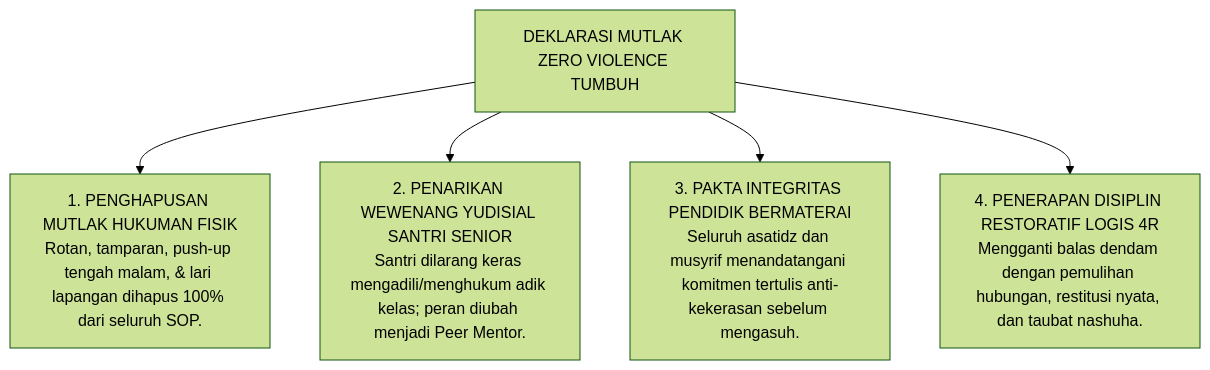
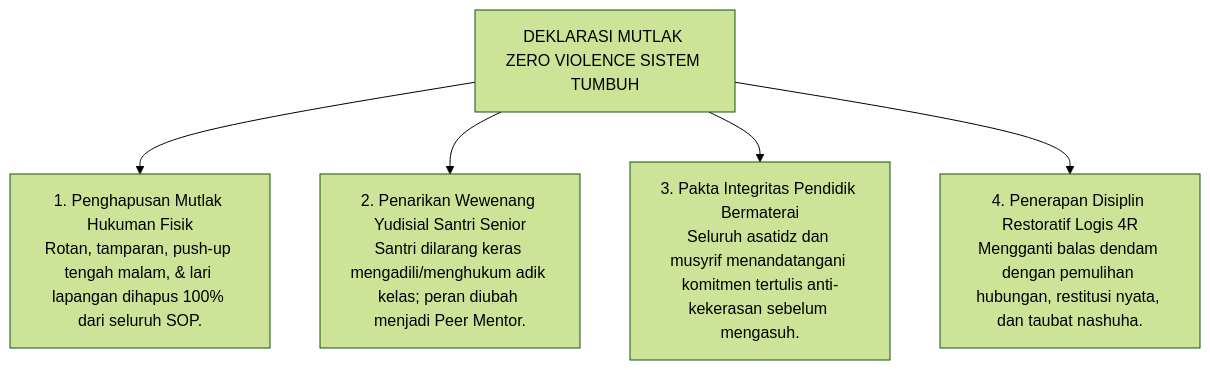
The fifth of 5 diagrams in BOOK-SERIES/Volume-01/Bab-01-Krisis-Karakter-dan-Urgensi-Rekonstruksi/02-Fenomenologi-Kekerasan-dan-Senioritas-Feodal.md (wandiapriliyandi/tumbuh), drawn with Mermaid (forest theme) before and after one commit. The commit also changed other lines of this file and 3 other files, not shown here.

Commit message:
docs(bab-01): bangun ulang seluruh Bab 01 murni berorientasi penjelasan sistemik arsitektur TUMBUH tanpa template muhasabah buatan

````diff
--- a/BOOK-SERIES/Volume-01/Bab-01-Krisis-Karakter-dan-Urgensi-Rekonstruksi/02-Fenomenologi-Kekerasan-dan-Senioritas-Feodal.md
+++ b/BOOK-SERIES/Volume-01/Bab-01-Krisis-Karakter-dan-Urgensi-Rekonstruksi/02-Fenomenologi-Kekerasan-dan-Senioritas-Feodal.md
@@ -153,12 +153,12 @@
 ```mermaid
 graph TD
-    KomitmenZero["DEKLARASI MUTLAK ZERO VIOLENCE TUMBUH"]
+    KomitmenZero["DEKLARASI MUTLAK ZERO VIOLENCE SISTEM TUMBUH"]
     
-    KomitmenZero --> K1["1. PENGHAPUSAN MUTLAK HUKUMAN FISIK<br/>Rotan, tamparan, push-up tengah malam, & lari lapangan dihapus 100% dari seluruh SOP."]
+    KomitmenZero --> K1["1. Penghapusan Mutlak Hukuman Fisik<br/>Rotan, tamparan, push-up tengah malam, & lari lapangan dihapus 100% dari seluruh SOP."]
     
-    KomitmenZero --> K2["2. PENARIKAN WEWENANG YUDISIAL SANTRI SENIOR<br/>Santri dilarang keras mengadili/menghukum adik kelas; peran diubah menjadi Peer Mentor."]
+    KomitmenZero --> K2["2. Penarikan Wewenang Yudisial Santri Senior<br/>Santri dilarang keras mengadili/menghukum adik kelas; peran diubah menjadi Peer Mentor."]
     
-    KomitmenZero --> K3["3. PAKTA INTEGRITAS PENDIDIK BERMATERAI<br/>Seluruh asatidz dan musyrif menandatangani komitmen tertulis anti-kekerasan sebelum mengasuh."]
+    KomitmenZero --> K3["3. Pakta Integritas Pendidik Bermaterai<br/>Seluruh asatidz dan musyrif menandatangani komitmen tertulis anti-kekerasan sebelum mengasuh."]
     
-    KomitmenZero --> K4["4. PENERAPAN DISIPLIN RESTORATIF LOGIS 4R<br/>Mengganti balas dendam dengan pemulihan hubungan, restitusi nyata, dan taubat nashuha."]
+    KomitmenZero --> K4["4. Penerapan Disiplin Restoratif Logis 4R<br/>Mengganti balas dendam dengan pemulihan hubungan, restitusi nyata, dan taubat nashuha."]
 ```
````
